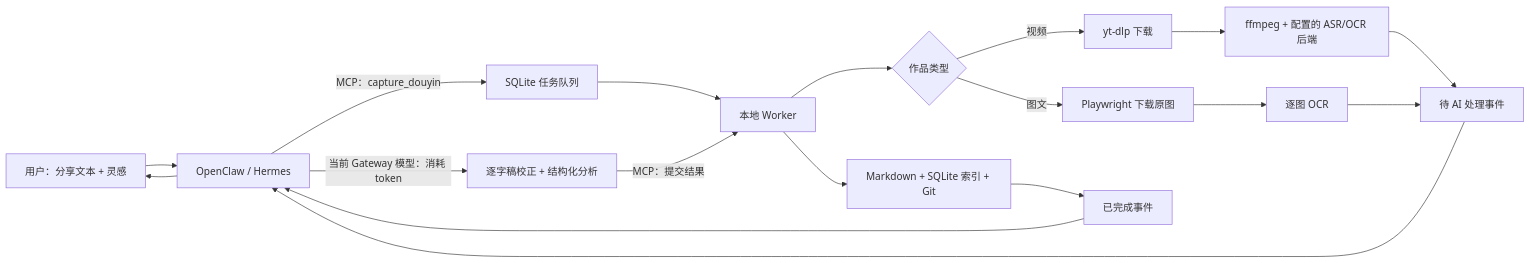
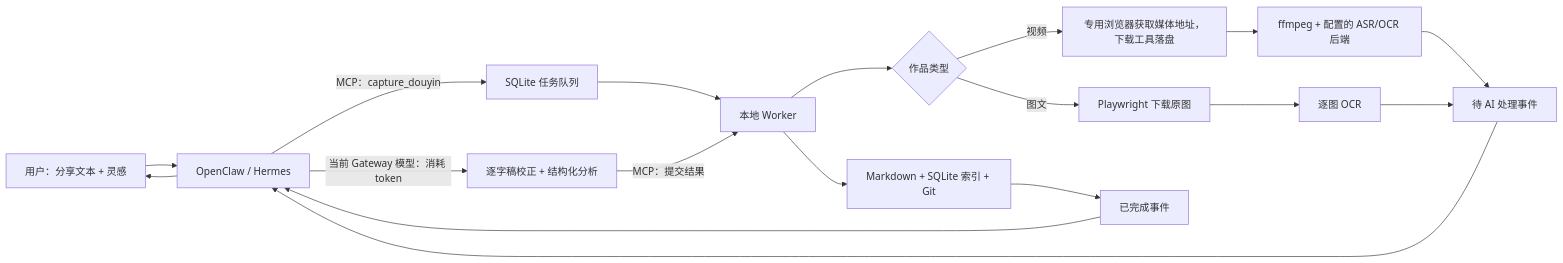
Before and after one commit to WYgao29/douyin-wiki: the diagram in docs/gateway-agents.md, drawn with Mermaid. The commit also changed other lines of this file and 102 other files, not shown here.

First line of the commit message:
fix: harden recovery flows and clean up project artifacts

````diff
--- a/docs/gateway-agents.md
+++ b/docs/gateway-agents.md
@@ -8,20 +8,20 @@
 ```mermaid
 flowchart LR
     U["用户：分享文本 + 灵感"] --> G["OpenClaw / Hermes"]
     G -->|"MCP：capture_douyin"| Q["SQLite 任务队列"]
     Q --> W["本地 Worker"]
     W --> K{"作品类型"}
-    K -->|"视频"| D["yt-dlp 下载"]
+    K -->|"视频"| D["专用浏览器获取媒体地址，下载工具落盘"]
     D --> T["ffmpeg + 配置的 ASR/OCR 后端"]
     K -->|"图文"| P["Playwright 下载原图"]
     P --> O["逐图 OCR"]
     T --> E["待 AI 处理事件"]
     O --> E
     E --> G
     G -->|"当前 Gateway 模型：消耗 token"| C["逐字稿校正 + 结构化分析"]
     C -->|"MCP：提交结果"| W
     W --> V["Markdown + SQLite 索引 + Git"]
     V --> F["已完成事件"]
     F --> G
     G --> U
 ```
````
